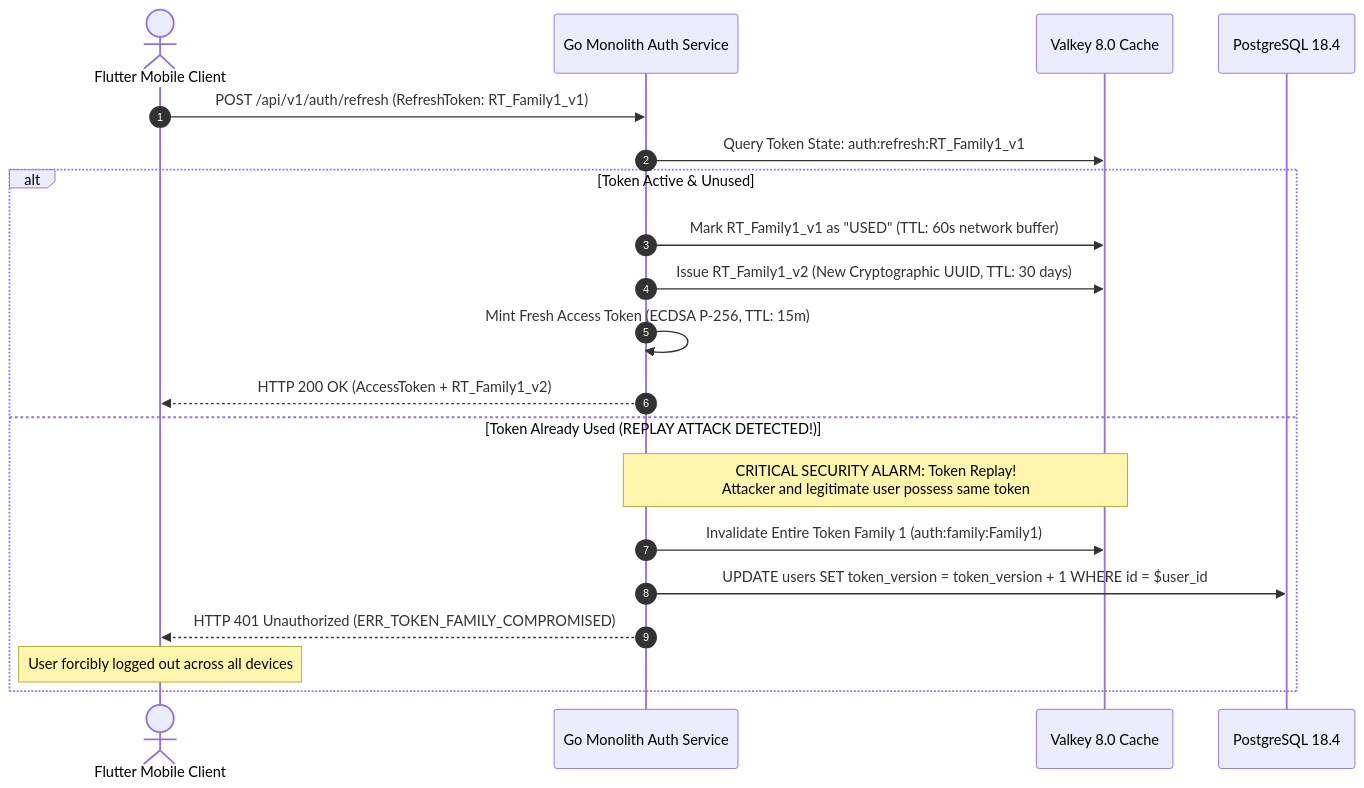
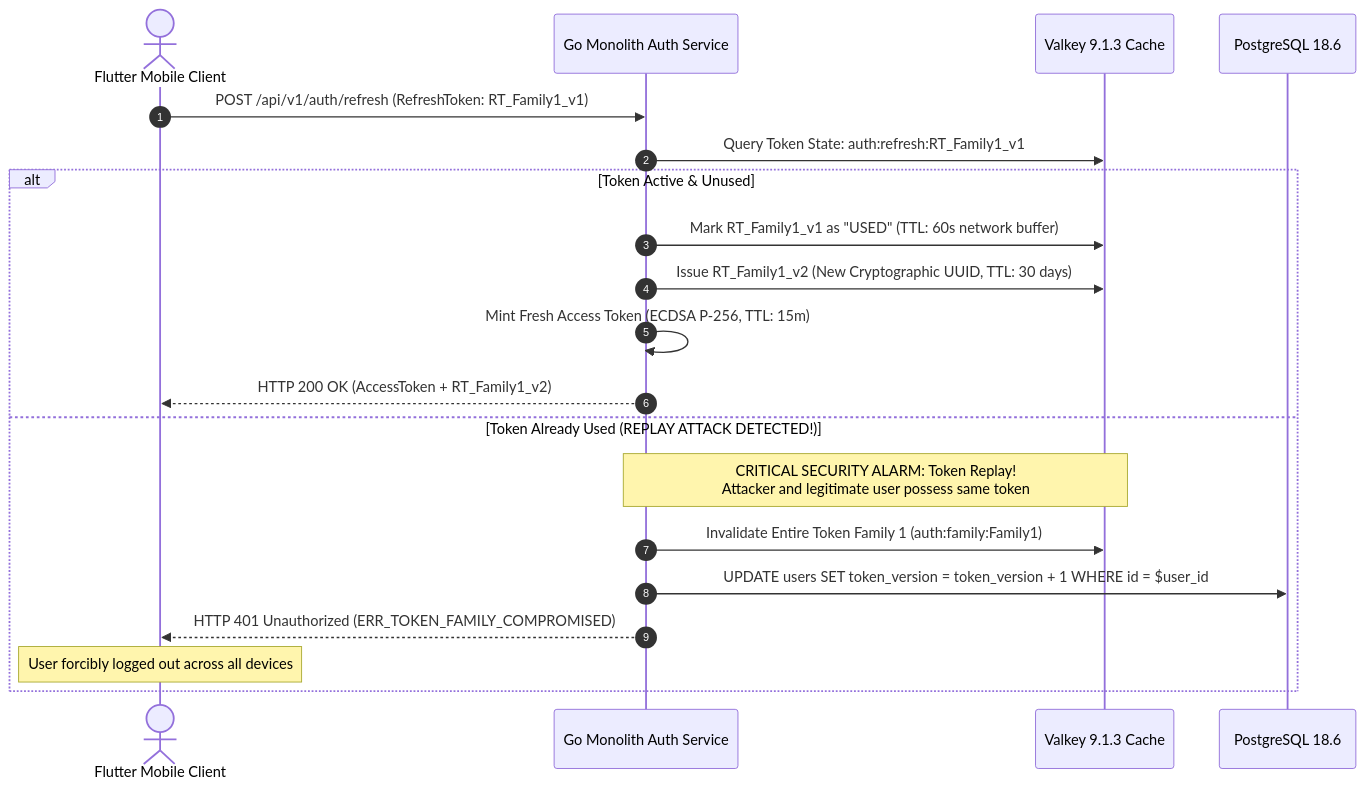
Before and after one commit to YDink/Heavy-Machinery-Logistics-Rental: the third of 4 diagrams in docs/shared/requirements/05-01-registration-authentication.md, drawn with Mermaid. The commit also changed other lines of this file and 212 other files, not shown here.

````diff
--- a/docs/shared/requirements/05-01-registration-authentication.md
+++ b/docs/shared/requirements/05-01-registration-authentication.md
@@ -381,24 +381,24 @@
 ```mermaid
 sequenceDiagram
     autonumber
     actor Client as Flutter Mobile Client
     participant Auth as Go Monolith Auth Service
-    participant Valkey as Valkey 8.0 Cache
-    participant DB as PostgreSQL 18.4
+    participant Valkey as Valkey 9.1.3 Cache
+    participant DB as PostgreSQL 18.6
 
     Client->>Auth: POST /api/v1/auth/refresh (RefreshToken: RT_Family1_v1)
     Auth->>Valkey: Query Token State: auth:refresh:RT_Family1_v1
     
     alt Token Active & Unused
         Auth->>Valkey: Mark RT_Family1_v1 as "USED" (TTL: 60s network buffer)
         Auth->>Valkey: Issue RT_Family1_v2 (New Cryptographic UUID, TTL: 30 days)
         Auth->>Auth: Mint Fresh Access Token (ECDSA P-256, TTL: 15m)
         Auth-->>Client: HTTP 200 OK (AccessToken + RT_Family1_v2)
     else Token Already Used (REPLAY ATTACK DETECTED!)
         Note over Auth,Valkey: CRITICAL SECURITY ALARM: Token Replay!<br/>Attacker and legitimate user possess same token
         Auth->>Valkey: Invalidate Entire Token Family 1 (auth:family:Family1)
         Auth->>DB: UPDATE users SET token_version = token_version + 1 WHERE id = $user_id
         Auth-->>Client: HTTP 401 Unauthorized (ERR_TOKEN_FAMILY_COMPROMISED)
         Note over Client: User forcibly logged out across all devices
     end
 ```
````
